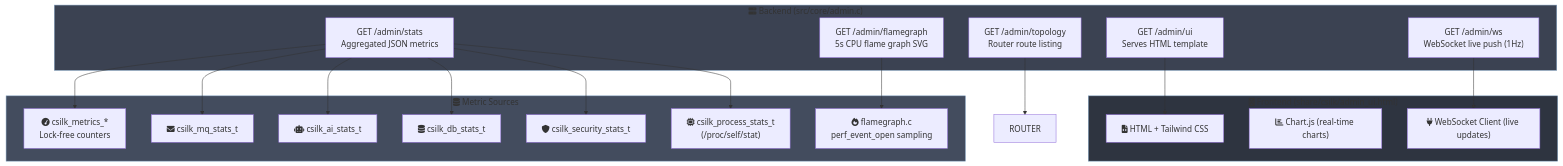
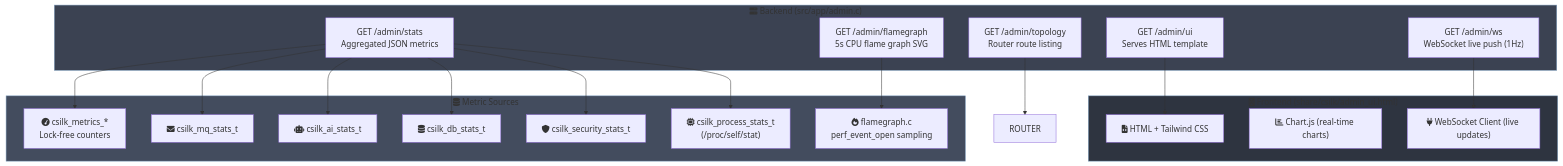
The diagram in docs/design/admin-dashboard.md (quintin-lee/csilk), drawn with Mermaid before and after one commit. The commit also changed other lines of this file and 15 other files, not shown here.

````diff
--- a/docs/design/admin-dashboard.md
+++ b/docs/design/admin-dashboard.md
@@ -21,36 +21,36 @@
 ```mermaid
 graph TB
     subgraph Frontend["fa:fa-html5 Frontend (share/csilk/admin_ui.html)"]
         HTML["fa:fa-file-code HTML + Tailwind CSS"]
         CHARTS["fa:fa-chart-bar Chart.js (real-time charts)"]
         WS_CLIENT["fa:fa-plug WebSocket Client (live updates)"]
     end
 
-    subgraph Backend["fa:fa-server Backend (src/core/admin.c)"]
+    subgraph Backend["fa:fa-server Backend (src/app/admin.c)"]
         UI["GET /admin/ui<br/>Serves HTML template"]
         STATS["GET /admin/stats<br/>Aggregated JSON metrics"]
         TOPO["GET /admin/topology<br/>Router route listing"]
         FG["GET /admin/flamegraph<br/>5s CPU flame graph SVG"]
         WS["GET /admin/ws<br/>WebSocket live push (1Hz)"]
     end
 
     subgraph Sources["fa:fa-database Metric Sources"]
         HTTP_MET["fa:fa-tachometer csilk_metrics_*<br/>Lock-free counters"]
         MQ_STAT["fa:fa-envelope csilk_mq_stats_t"]
         AI_STAT["fa:fa-robot csilk_ai_stats_t"]
         DB_STAT["fa:fa-database csilk_db_stats_t"]
         SEC_STAT["fa:fa-shield csilk_security_stats_t"]
         PROC["fa:fa-microchip csilk_process_stats_t<br/>(/proc/self/stat)"]
         FLAME["fa:fa-fire flamegraph.c<br/>perf_event_open sampling"]
     end
 
     WS --> WS_CLIENT
     UI --> HTML
     STATS --> HTTP_MET & MQ_STAT & AI_STAT & DB_STAT & SEC_STAT & PROC
     FG --> FLAME
     TOPO --> ROUTER
 
     style Frontend fill:#2E3440,stroke:#81A1C1
     style Backend fill:#3B4252,stroke:#81A1C1
     style Sources fill:#434C5E,stroke:#81A1C1
 ```
````
